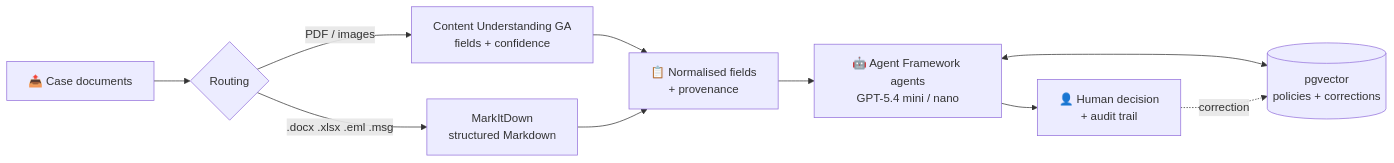
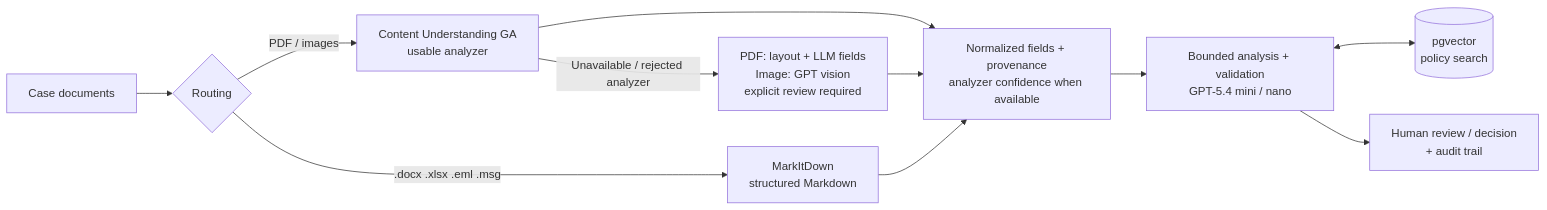
One commit to olivMertens/PrevaIq changed the diagram in README.md. Above: the diagram before and after it, drawn with Mermaid. The commit also changed other lines of this file and 19 other files, not shown here.

Commit message:
docs: refresh screenshots and synchronize architecture

````diff
--- a/README.md
+++ b/README.md
@@ -58,12 +79,13 @@
 ```mermaid
 flowchart LR
-    U["📤 Case documents"] --> R{Routing}
-    R -->|"PDF / images"| CU["Content Understanding GA<br/>fields + confidence"]
+    U["Case documents"] --> R{Routing}
+    R -->|"PDF / images"| CU["Content Understanding GA<br/>usable analyzer"]
     R -->|".docx .xlsx .eml .msg"| MD["MarkItDown<br/>structured Markdown"]
-    CU --> N["📋 Normalised fields<br/>+ provenance"]
+    CU --> N["Normalized fields + provenance<br/>analyzer confidence when available"]
+    CU -->|"Unavailable / rejected analyzer"| F["PDF: layout + LLM fields<br/>Image: GPT vision<br/>explicit review required"]
+    F --> N
     MD --> N
-    N --> A["🤖 Agent Framework agents<br/>GPT-5.4 mini / nano"]
-    A <--> RAG[("pgvector<br/>policies + corrections")]
-    A --> H["👤 Human decision<br/>+ audit trail"]
-    H -.->|correction| RAG
+    N --> A["Bounded analysis + validation<br/>GPT-5.4 mini / nano"]
+    A <--> RAG[("pgvector<br/>policy search")]
+    A --> H["Human review / decision<br/>+ audit trail"]
 ```
````
